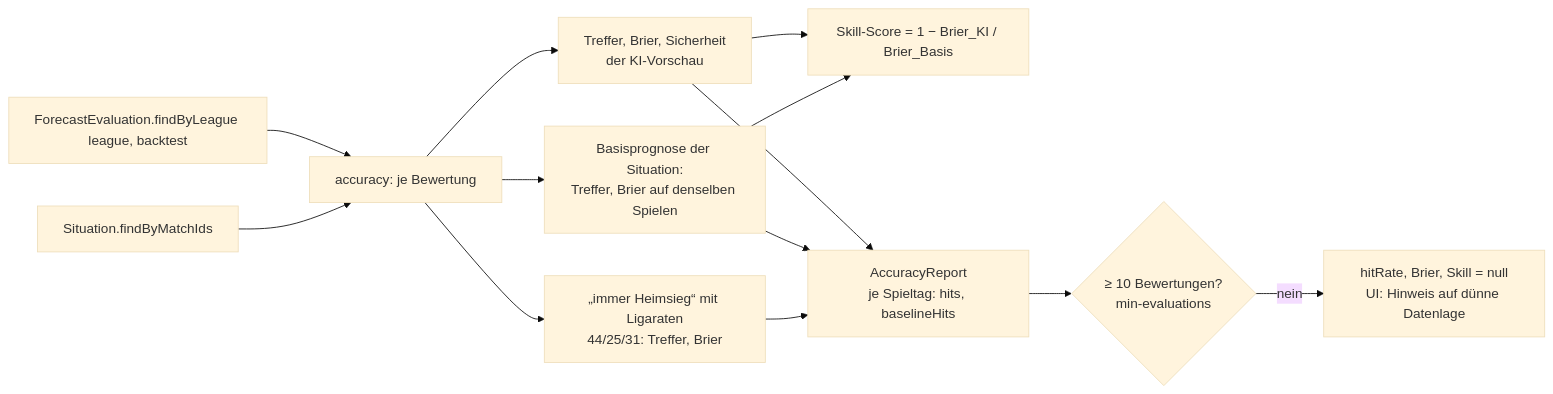
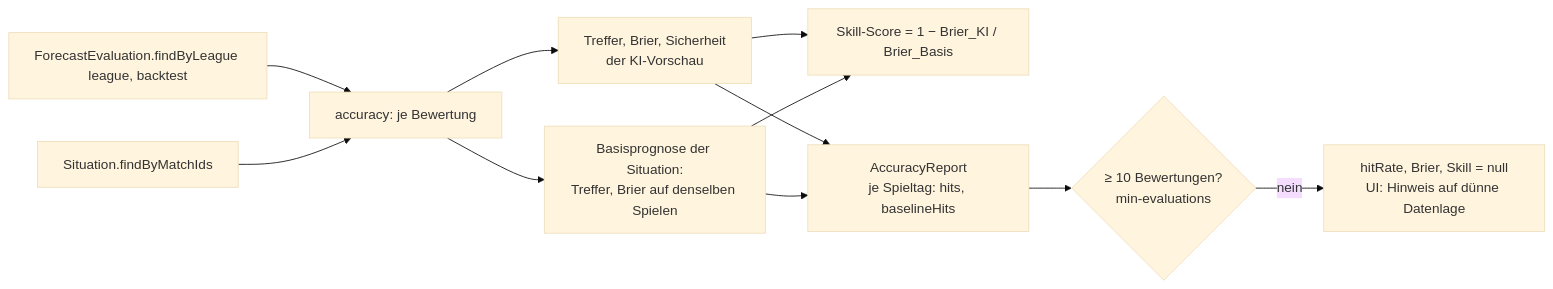
The sixth of 8 diagrams in docs/architecture/ablaeufe.md (mgoericke/rasenradar), drawn with Mermaid (base theme) before and after one commit. The commit also changed 22 other files, not shown here.

First line of the commit message:
Forecast: retry failed runs, real error in prod, JSON repair; drop "Immer Heimsieg" (#36)

````diff
--- a/docs/architecture/ablaeufe.md
+++ b/docs/architecture/ablaeufe.md
@@ -198,12 +198,11 @@
 ```mermaid
 flowchart LR
     E[ForecastEvaluation.findByLeague league, backtest] --> A
     Sit[Situation.findByMatchIds] --> A
     A[accuracy: je Bewertung] --> H[Treffer, Brier, Sicherheit<br/>der KI-Vorschau]
     A --> B[Basisprognose der Situation:<br/>Treffer, Brier auf denselben Spielen]
-    A --> AH[„immer Heimsieg“ mit Ligaraten<br/>44/25/31: Treffer, Brier]
     H & B --> SK[Skill-Score = 1 − Brier_KI / Brier_Basis]
-    H & B & AH --> R[AccuracyReport<br/>je Spieltag: hits, baselineHits]
+    H & B --> R[AccuracyReport<br/>je Spieltag: hits, baselineHits]
     R --> N{≥ 10 Bewertungen?<br/>min-evaluations}
     N -- nein --> Null[hitRate, Brier, Skill = null<br/>UI: Hinweis auf dünne Datenlage]
 ```
````
